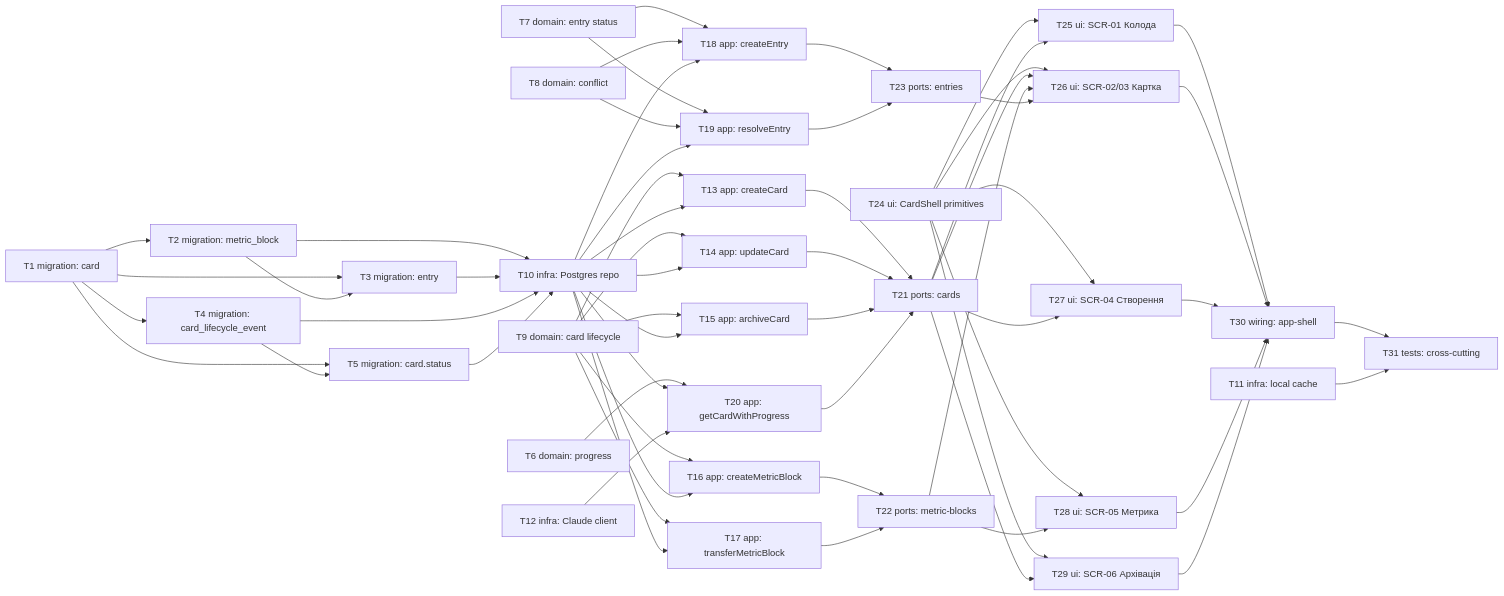
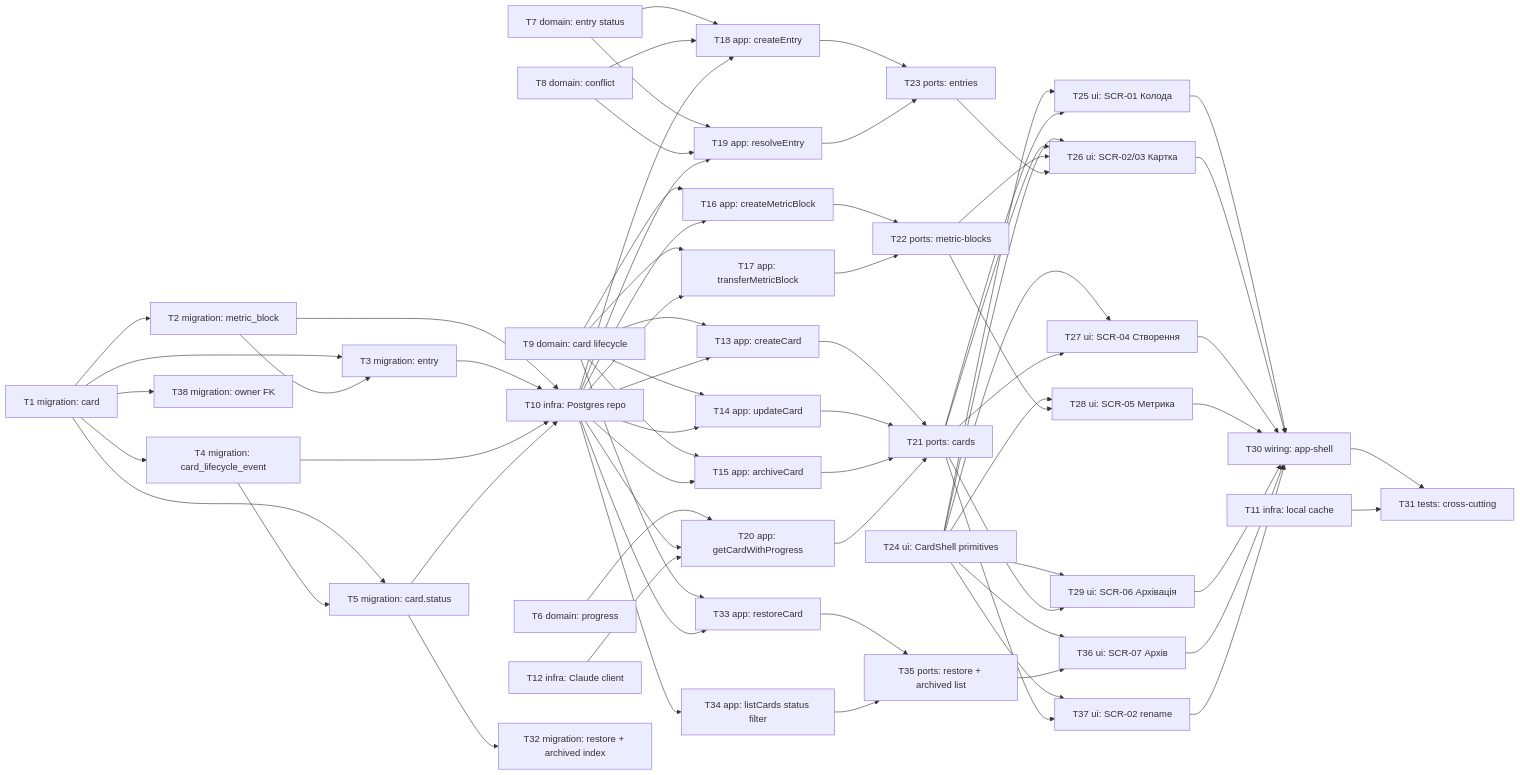
One commit to danyllukandrey-cloud/claude-workspace changed the diagram in docs/features/life-area-card/tasks/_epic.md. Above: the diagram before and after it, drawn with Mermaid. The commit also changed other lines of this file and 54 other files, not shown here.

````diff
--- a/docs/features/life-area-card/tasks/_epic.md
+++ b/docs/features/life-area-card/tasks/_epic.md
@@ -86,4 +88,19 @@
 
     T30 --> T31[T31 tests: cross-cutting]
     T11 --> T31
+
+    T5 --> T32[T32 migration: restore + archived index]
+    T9 --> T33[T33 app: restoreCard]
+    T10 --> T33
+    T10 --> T34[T34 app: listCards status filter]
+    T33 --> T35[T35 ports: restore + archived list]
+    T34 --> T35
+    T24 --> T36[T36 ui: SCR-07 Архів]
+    T35 --> T36
+    T24 --> T37[T37 ui: SCR-02 rename]
+    T21 --> T37
+    T36 --> T30
+    T37 --> T30
+
+    T1 --> T38[T38 migration: owner FK]
 ```
````
